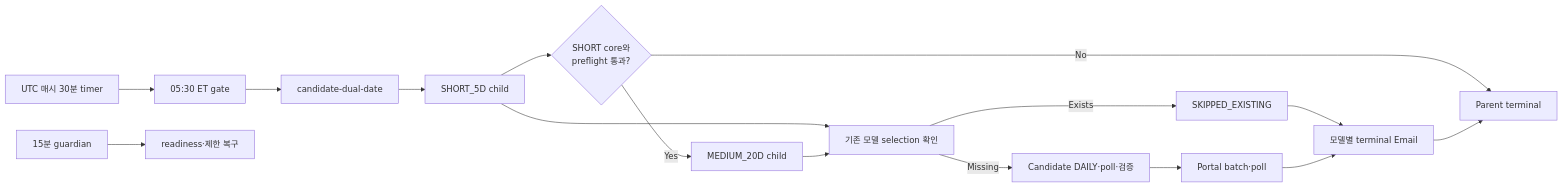
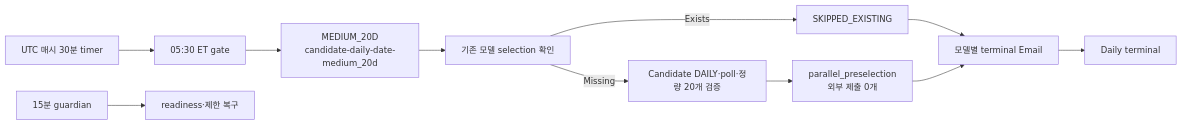
Before and after one commit to brjeong-private/sp500-candidate-engine: the second of 4 diagrams in .github/modernize/assessment/engines/facts/architecture-diagram.md, drawn with Mermaid. The commit also changed other lines of this file and 69 other files, not shown here.

````diff
--- a/.github/modernize/assessment/engines/facts/architecture-diagram.md
+++ b/.github/modernize/assessment/engines/facts/architecture-diagram.md
@@ -166,18 +172,14 @@
 ```mermaid
 flowchart LR
     Timer["UTC 매시 30분 timer"] --> Gate["05:30 ET gate"]
-    Gate --> Parent["candidate-dual-date"]
-    Parent --> Short["SHORT_5D child"]
-    Short --> Continue{"SHORT core와<br/>preflight 통과?"}
-    Continue -->|"Yes"| Medium["MEDIUM_20D child"]
-    Continue -->|"No"| ParentTerminal["Parent terminal"]
-    Short --> Existing["기존 모델 selection 확인"]
+    Gate --> Medium["MEDIUM_20D<br/>candidate-daily-date-medium_20d"]
+    Existing["기존 모델 selection 확인"]
     Medium --> Existing
     Existing -->|"Exists"| Skip["SKIPPED_EXISTING"]
-    Existing -->|"Missing"| CandidateSubmit["Candidate DAILY·poll·검증"]
-    CandidateSubmit --> Portal["Portal batch·poll"]
+    Existing -->|"Missing"| CandidateSubmit["Candidate DAILY·poll·정량 20개 검증"]
+    CandidateSubmit --> Stop["parallel_preselection<br/>외부 제출 0개"]
     Skip --> Email["모델별 terminal Email"]
-    Portal --> Email
-    Email --> ParentTerminal
+    Stop --> Email
+    Email --> DailyTerminal["Daily terminal"]
     Guardian["15분 guardian"] --> Ready["readiness·제한 복구"]
 ```
````
